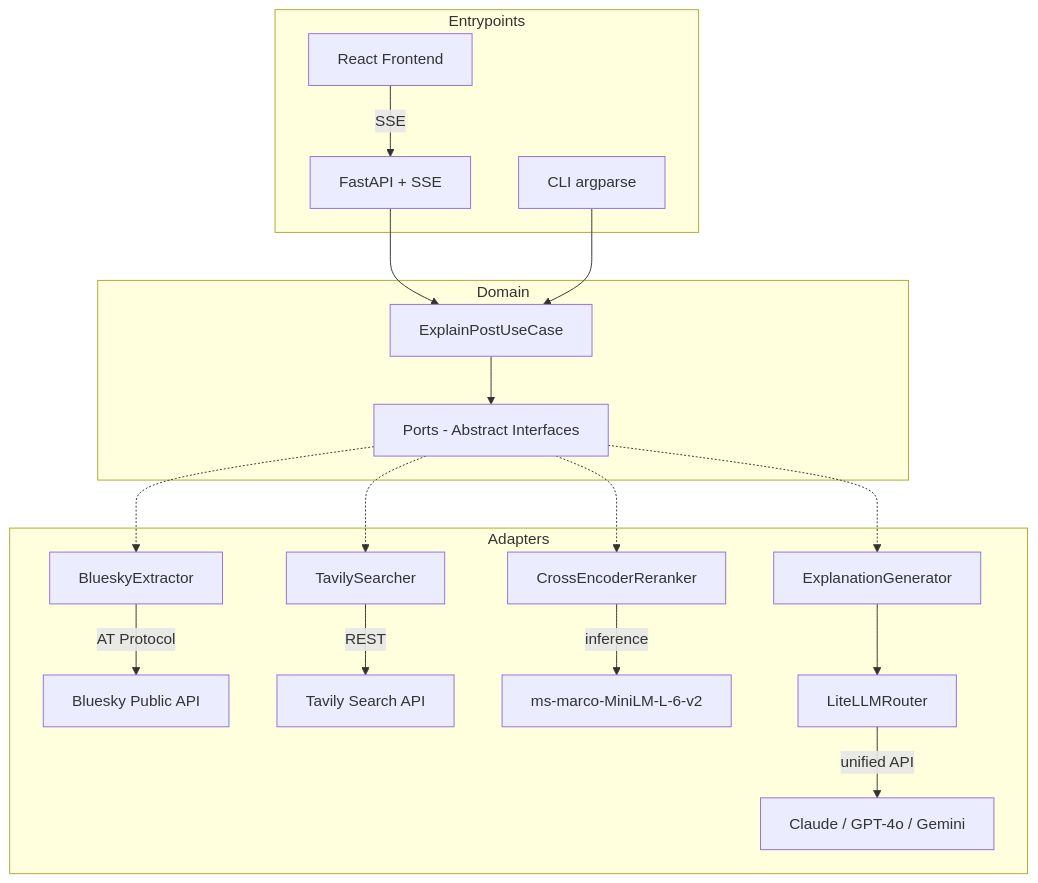
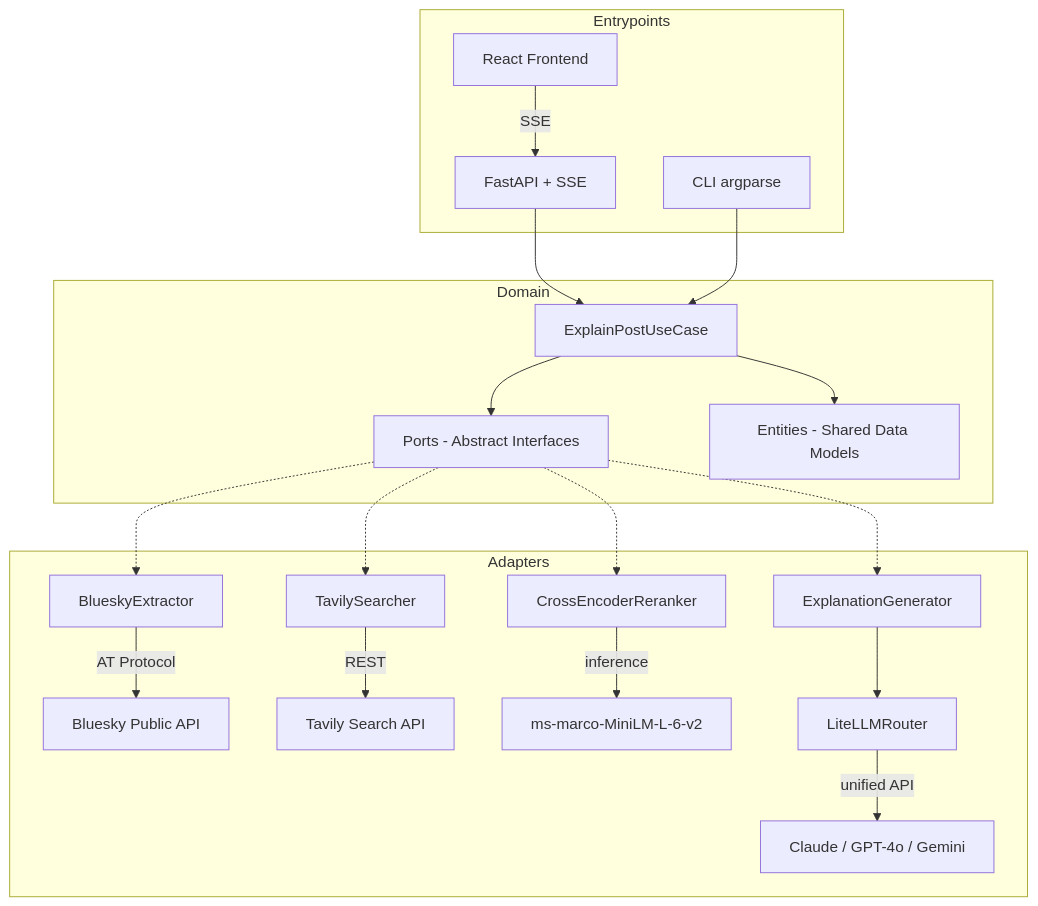
One commit to raulprocha/bluesky-post-explainer changed the first of 2 diagrams in README.md. Above: the diagram before and after it, drawn with Mermaid. The commit also changed other lines of this file, not shown here.

Commit message:
docs: reconnect entities in mermaid, generic port in instructions

````diff
--- a/README.md
+++ b/README.md
@@ -47,28 +47,30 @@
 ```mermaid
 graph TD
     subgraph Entrypoints
         FE[React Frontend] -->|SSE| API[FastAPI + SSE]
         CLI[CLI argparse]
     end
 
     subgraph Domain
         UC[ExplainPostUseCase]
         P[Ports - Abstract Interfaces]
+        E[Entities - Shared Data Models]
     end
 
     subgraph Adapters
         BE[BlueskyExtractor] -->|AT Protocol| BSky[Bluesky Public API]
         TS[TavilySearcher] -->|REST| Tavily[Tavily Search API]
         CR[CrossEncoderReranker] -->|inference| Model[ms-marco-MiniLM-L-6-v2]
         LR[LiteLLMRouter] -->|unified API| LLM[Claude / GPT-4o / Gemini]
         EG[ExplanationGenerator] --> LR
     end
 
     API --> UC
     CLI --> UC
     UC --> P
+    UC --> E
     P -.-> BE
     P -.-> TS
     P -.-> CR
     P -.-> EG
 ```
````
